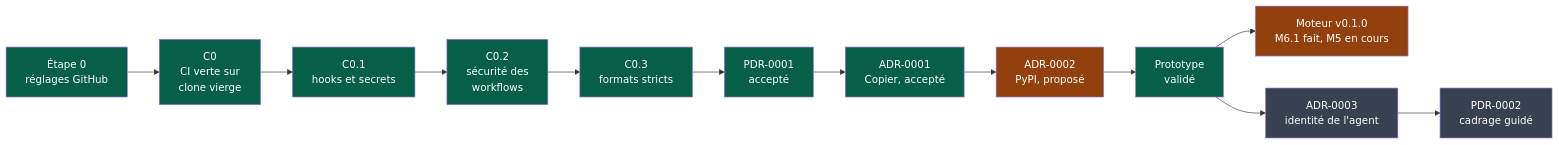
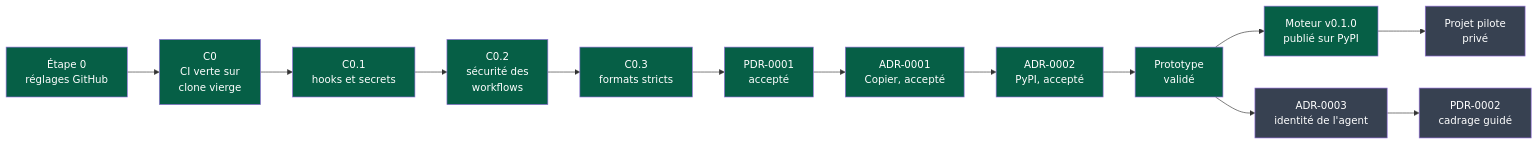
The first of 2 diagrams in docs/governance/chantiers.md (NapkinStack/engineering-os), drawn with Mermaid before and after one commit. The commit also changed other lines of this file and 6 other files, not shown here.

````diff
--- a/docs/governance/chantiers.md
+++ b/docs/governance/chantiers.md
@@ -10,19 +10,20 @@
 ```mermaid
 flowchart LR
     S0["Étape 0<br/>réglages GitHub"]:::fait --> C0["C0<br/>CI verte sur<br/>clone vierge"]:::fait
     C0 --> C01["C0.1<br/>hooks et secrets"]:::fait
     C01 --> C02["C0.2<br/>sécurité des<br/>workflows"]:::fait
     C02 --> C03["C0.3<br/>formats stricts"]:::fait
     C03 --> PDR["PDR-0001<br/>accepté"]:::fait
     PDR --> A1["ADR-0001<br/>Copier, accepté"]:::fait
-    A1 --> A2["ADR-0002<br/>PyPI, proposé"]:::partiel
+    A1 --> A2["ADR-0002<br/>PyPI, accepté"]:::fait
     A2 --> PT["Prototype<br/>validé"]:::fait
-    PT --> RP["Moteur v0.1.0<br/>M6.1 fait, M5 en cours"]:::partiel
+    PT --> RP["Moteur v0.1.0<br/>publié sur PyPI"]:::fait
+    RP --> PP["Projet pilote<br/>privé"]:::afaire
     PT --> A3["ADR-0003<br/>identité de l'agent"]:::afaire
     A3 --> P2["PDR-0002<br/>cadrage guidé"]:::afaire
 
     classDef fait fill:#065f46,color:#fff
     classDef partiel fill:#92400e,color:#fff
     classDef afaire fill:#374151,color:#fff
     classDef bloque fill:#7c2d12,color:#fff
 ```
````
